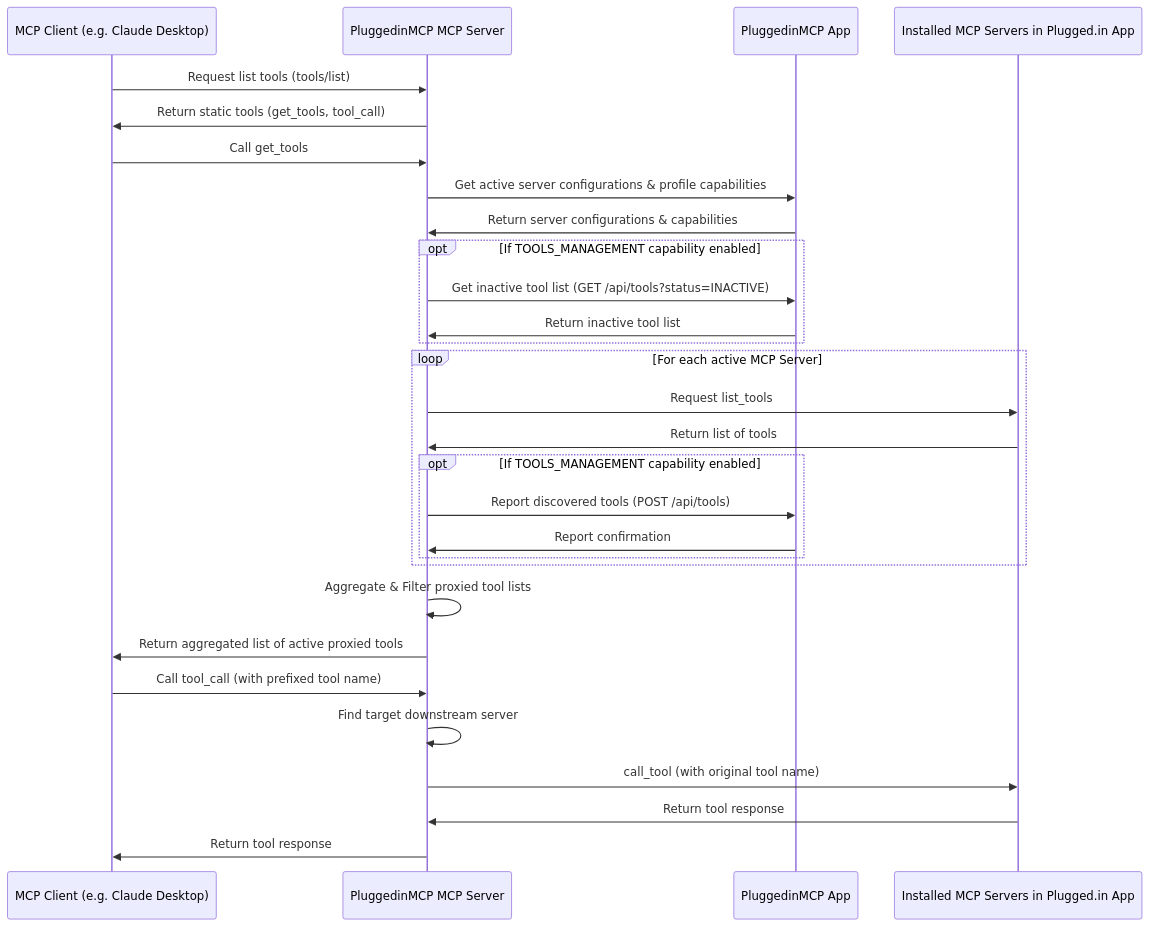
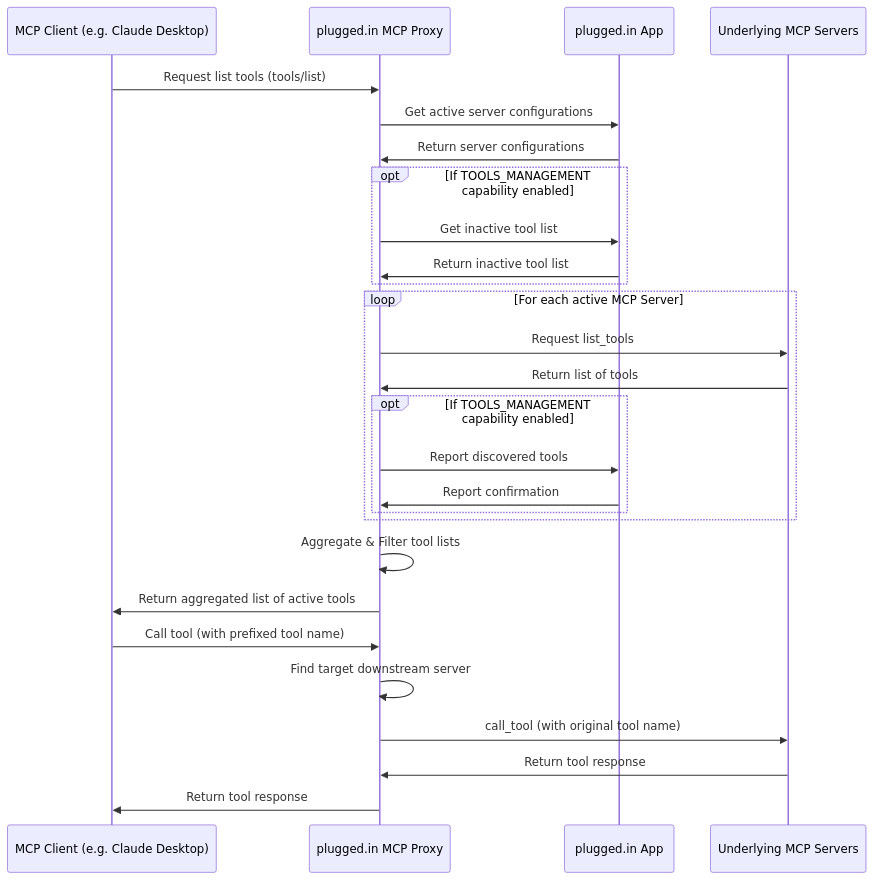
Before and after one commit to hockinghills/pluggedin-mcp-proxy: the diagram in README.md, drawn with Mermaid. The commit also changed other lines of this file and 18 other files, not shown here.

````diff
--- a/README.md
+++ b/README.md
@@ -82,34 +160,35 @@
 ```mermaid
 sequenceDiagram
     participant MCPClient as MCP Client (e.g. Claude Desktop)
-    participant PluggedinMCP-mcp-server as PluggedinMCP MCP Server
-    participant PluggedinMCPApp as PluggedinMCP App
-    participant MCPServers as Installed MCP Servers in Plugged.in App
+    participant PluggedinMCP as plugged.in MCP Proxy
+    participant PluggedinApp as plugged.in App
+    participant MCPServers as Underlying MCP Servers
 
-    MCPClient ->> PluggedinMCP-mcp-server: Request list tools (tools/list)
-    PluggedinMCP-mcp-server ->> MCPClient: Return static tools (get_tools, tool_call)
-
-    MCPClient ->> PluggedinMCP-mcp-server: Call get_tools
-    PluggedinMCP-mcp-server ->> PluggedinMCPApp: Get active server configurations & profile capabilities
-    PluggedinMCPApp ->> PluggedinMCP-mcp-server: Return server configurations & capabilities
+    MCPClient ->> PluggedinMCP: Request list tools (tools/list)
+    PluggedinMCP ->> PluggedinApp: Get active server configurations
+    PluggedinApp ->> PluggedinMCP: Return server configurations
+    
     opt If TOOLS_MANAGEMENT capability enabled
-        PluggedinMCP-mcp-server ->> PluggedinMCPApp: Get inactive tool list (GET /api/tools?status=INACTIVE)
-        PluggedinMCPApp ->> PluggedinMCP-mcp-server: Return inactive tool list
+        PluggedinMCP ->> PluggedinApp: Get inactive tool list
+        PluggedinApp ->> PluggedinMCP: Return inactive tool list
     end
+    
     loop For each active MCP Server
-        PluggedinMCP-mcp-server ->> MCPServers: Request list_tools
-        MCPServers ->> PluggedinMCP-mcp-server: Return list of tools
+        PluggedinMCP ->> MCPServers: Request list_tools
+        MCPServers ->> PluggedinMCP: Return list of tools
+        
         opt If TOOLS_MANAGEMENT capability enabled
-             PluggedinMCP-mcp-server ->> PluggedinMCPApp: Report discovered tools (POST /api/tools)
-             PluggedinMCPApp ->> PluggedinMCP-mcp-server: Report confirmation
+             PluggedinMCP ->> PluggedinApp: Report discovered tools
+             PluggedinApp ->> PluggedinMCP: Report confirmation
         end
     end
-    PluggedinMCP-mcp-server ->> PluggedinMCP-mcp-server: Aggregate & Filter proxied tool lists
-    PluggedinMCP-mcp-server ->> MCPClient: Return aggregated list of active proxied tools
+    
+    PluggedinMCP ->> PluggedinMCP: Aggregate & Filter tool lists
+    PluggedinMCP ->> MCPClient: Return aggregated list of active tools
 
-    MCPClient ->> PluggedinMCP-mcp-server: Call tool_call (with prefixed tool name)
-    PluggedinMCP-mcp-server ->> PluggedinMCP-mcp-server: Find target downstream server
-    PluggedinMCP-mcp-server ->> MCPServers: call_tool (with original tool name)
-    MCPServers ->> PluggedinMCP-mcp-server: Return tool response
-    PluggedinMCP-mcp-server ->> MCPClient: Return tool response
+    MCPClient ->> PluggedinMCP: Call tool (with prefixed tool name)
+    PluggedinMCP ->> PluggedinMCP: Find target downstream server
+    PluggedinMCP ->> MCPServers: call_tool (with original tool name)
+    MCPServers ->> PluggedinMCP: Return tool response
+    PluggedinMCP ->> MCPClient: Return tool response
 ```
````
